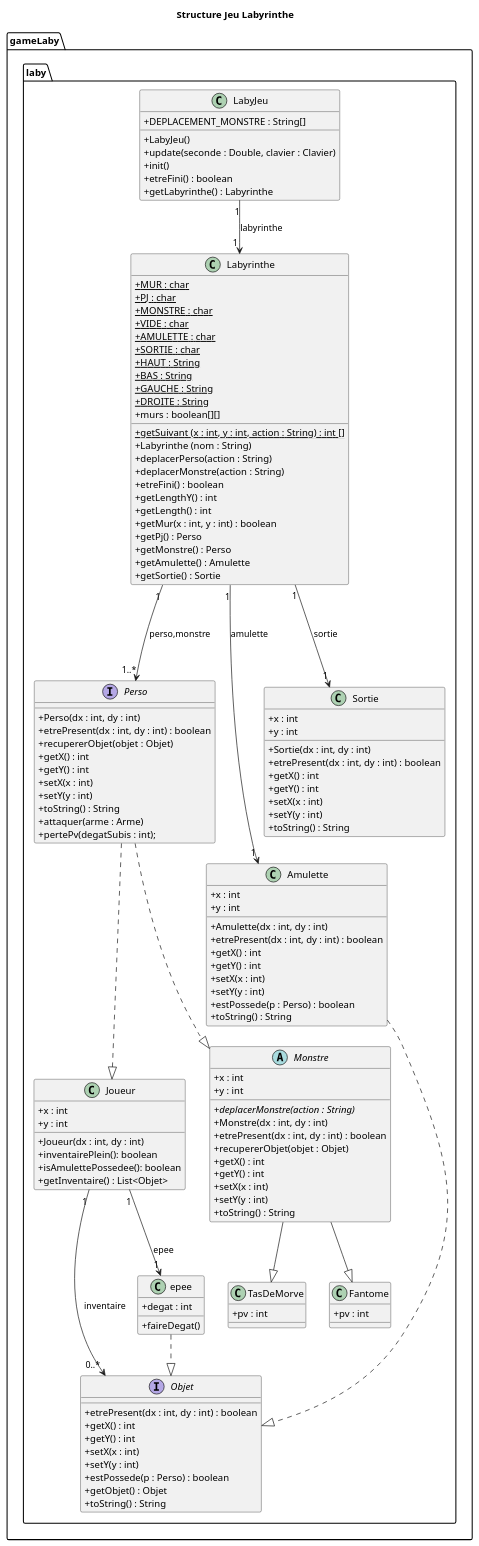
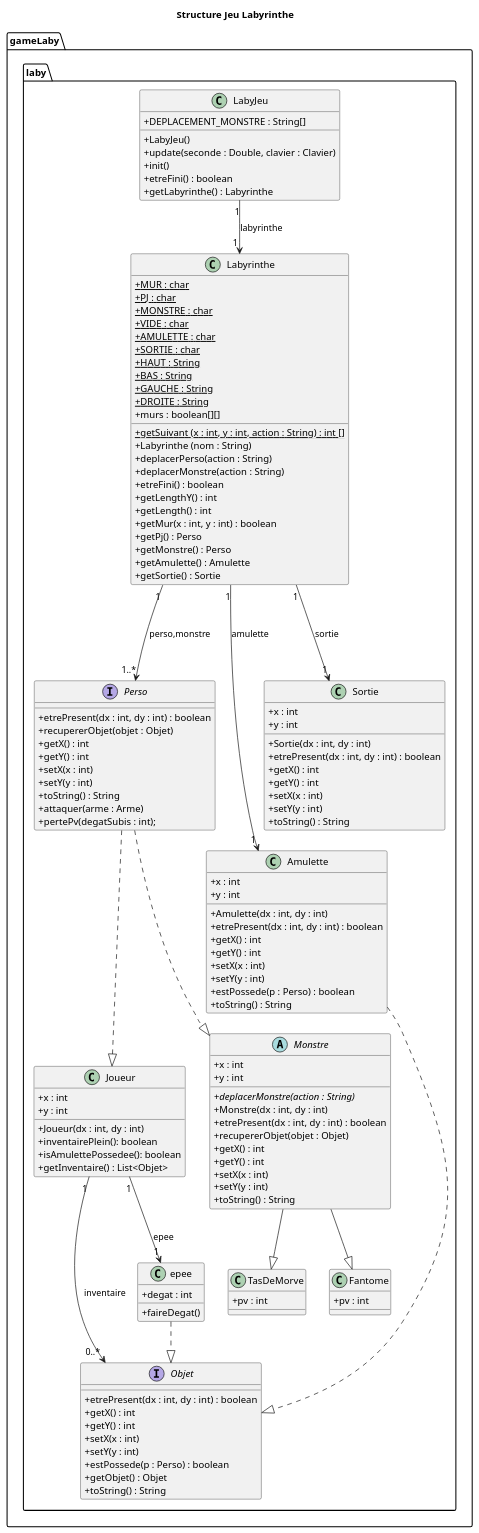
Before and after one commit to TanguyFox/2022_Zeldiablo_renard136u_seiler33u_serrier26u_arcelin1u: the diagram in documents/version_4/diagrammeClasseV4.puml, drawn with PlantUML. The commit also changed 15 other files, not shown here.

```diff
--- a/documents/version_4/diagrammeClasseV4.puml
+++ b/documents/version_4/diagrammeClasseV4.puml
@@ -1,150 +1,149 @@
 @startuml
 'https://plantuml.com/class-diagram
 
 title Structure Jeu Labyrinthe
 
 
 package gameLaby.laby{
 skinparam classAttributeIconSize 0
 class Labyrinthe{
 + {static} MUR : char
 + {static} PJ : char
 + {static} MONSTRE : char
 + {static} VIDE : char
 + {static} AMULETTE : char
 + {static} SORTIE : char
 + {static} HAUT : String
 + {static} BAS : String
 + {static} GAUCHE : String
 + {static} DROITE : String
 + murs : boolean[][]
 + {static} getSuivant (x : int, y : int, action : String) : int []
 + Labyrinthe (nom : String)
 + deplacerPerso(action : String)
 + deplacerMonstre(action : String)
 + etreFini() : boolean
 + getLengthY() : int
 + getLength() : int
 + getMur(x : int, y : int) : boolean
 + getPj() : Perso
 + getMonstre() : Perso
 + getAmulette() : Amulette
 + getSortie() : Sortie
 }
 
 class LabyJeu{
 +DEPLACEMENT_MONSTRE : String[]
 +LabyJeu()
 +update(seconde : Double, clavier : Clavier)
 +init()
 +etreFini() : boolean
 +getLabyrinthe() : Labyrinthe
 }
 
 
 interface Perso{
-+ Perso(dx : int, dy : int)
 + etrePresent(dx : int, dy : int) : boolean
 + recupererObjet(objet : Objet)
 + getX() : int
 + getY() : int
 + setX(x : int)
 + setY(y : int)
 + toString() : String
 + attaquer(arme : Arme)
 + pertePv(degatSubis : int);
 }
 
 class Amulette{
 + x : int
 + y : int
 + Amulette(dx : int, dy : int)
 + etrePresent(dx : int, dy : int) : boolean
 + getX() : int
 + getY() : int
 + setX(x : int)
 + setY(y : int)
 + estPossede(p : Perso) : boolean
 + toString() : String
 }
 
 interface Objet{
 + etrePresent(dx : int, dy : int) : boolean
 + getX() : int
 + getY() : int
 + setX(x : int)
 + setY(y : int)
 + estPossede(p : Perso) : boolean
 + getObjet() : Objet
 + toString() : String
 }
 
 class Sortie{
 + x : int
 + y : int
 + Sortie(dx : int, dy : int)
 + etrePresent(dx : int, dy : int) : boolean
 + getX() : int
 + getY() : int
 + setX(x : int)
 + setY(y : int)
 + toString() : String
 }
 class Joueur{
 + x : int
 + y : int
 + Joueur(dx : int, dy : int)
 + inventairePlein(): boolean
 + isAmulettePossedee(): boolean
 + getInventaire() : List<Objet>
 }
 
 abstract Monstre{
 + x : int
 + y : int
 + {abstract} deplacerMonstre(action : String)
 + Monstre(dx : int, dy : int)
 + etrePresent(dx : int, dy : int) : boolean
 + recupererObjet(objet : Objet)
 + getX() : int
 + getY() : int
 + setX(x : int)
 + setY(y : int)
 + toString() : String
 }
 class TasDeMorve{
 + pv : int
 }
 
 class Fantome{
 + pv : int
 }
 
 class epee{
 + degat : int
 + faireDegat()
 }
 }
 
 
 
 
 LabyJeu "1" --> "1 " Labyrinthe : labyrinthe
 Labyrinthe "1" ---> "1..*" Perso : perso,monstre
 Labyrinthe "1" ---> "1" Sortie : sortie
 Labyrinthe "1" ---> "1" Amulette : amulette
 Amulette  ..|>  Objet
 Joueur "1"--> "0..*"Objet : inventaire
 Perso  ..|>  Joueur
 
 Perso  ..|>  Monstre
 Monstre --|> TasDeMorve
 Monstre --|> Fantome
 epee ..|> Objet
 Joueur "1" --> "1" epee : "epee"
 
 
 
 
 
 @enduml
```
